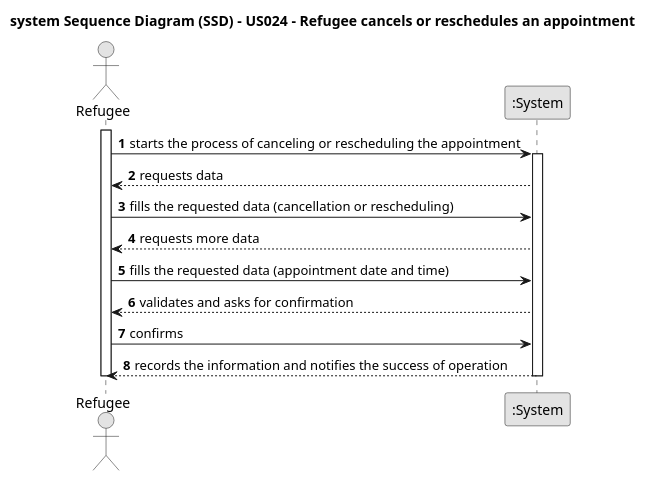
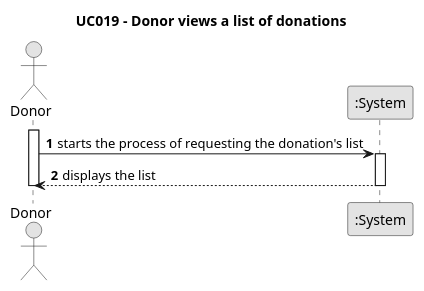
One commit to Chirano/GladlyGiven changed the diagram in javaSprint2GladlyGiven/Docs/UseCases/uc019/requirements/puml/uc019-SSD.puml. Above: the diagram before and after it, drawn with PlantUML. The commit also changed 20 other files, not shown here.

```diff
--- a/javaSprint2GladlyGiven/Docs/UseCases/uc019/requirements/puml/uc019-SSD.puml
+++ b/javaSprint2GladlyGiven/Docs/UseCases/uc019/requirements/puml/uc019-SSD.puml
@@ -1,29 +1,22 @@
 @startuml
 skinparam monochrome true
 skinparam packageStyle rectangle
 skinparam shadowing false
 
-title system Sequence Diagram (SSD) - US024 - Refugee cancels or reschedules an appointment
-
+title UC019 - Donor views a list of donations
 
 
 autonumber
 
-actor Refugee as refugee
+actor Donor as donor
 participant ":System" as system
 
-activate refugee
-    refugee -> system : starts the process of canceling or rescheduling the appointment
+activate donor
+    donor -> system : starts the process of requesting the donation's list
     activate system
-        system --> refugee : requests data
-        refugee -> system : fills the requested data (cancellation or rescheduling)
-        system --> refugee : requests more data
-        refugee -> system : fills the requested data (appointment date and time)
-        system --> refugee : validates and asks for confirmation
-        refugee -> system : confirms
-        system --> refugee : records the information and notifies the success of operation
+        system --> donor : displays the list
     deactivate system
-deactivate refugee
+deactivate donor
 
 
 @enduml
```
